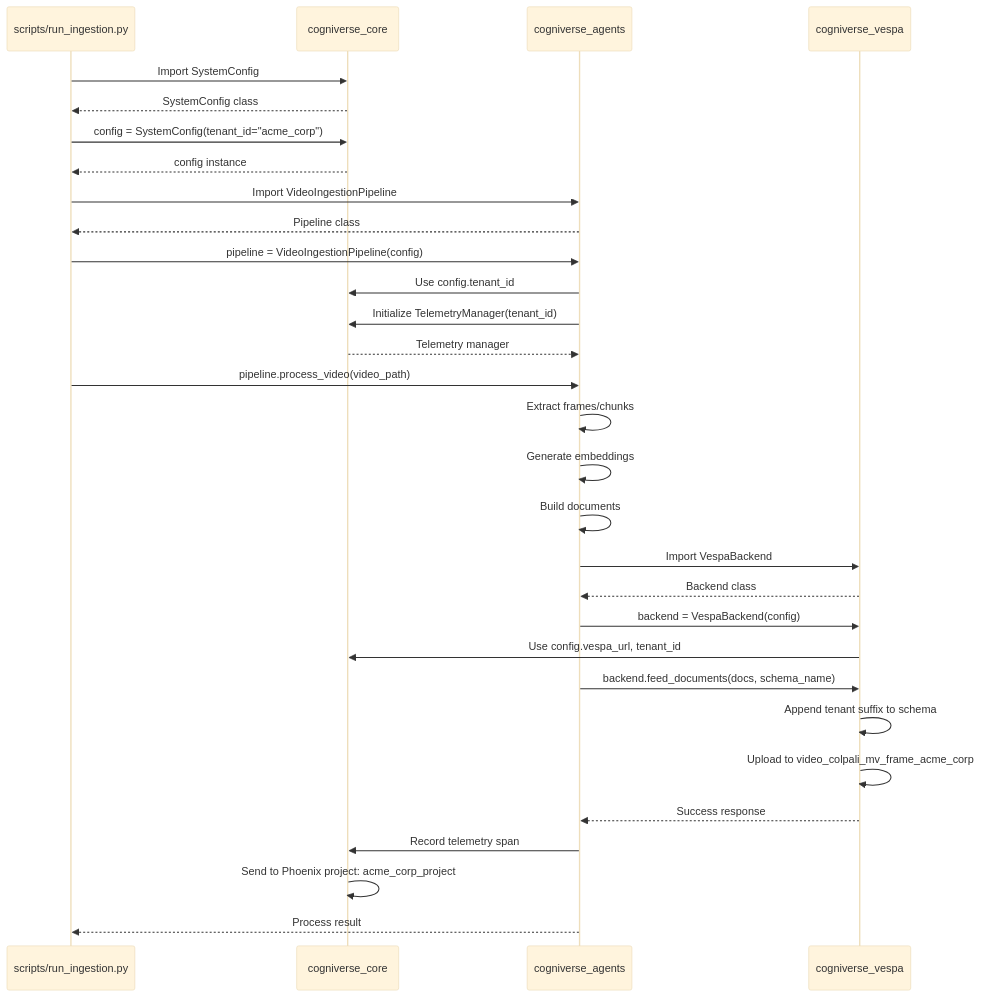
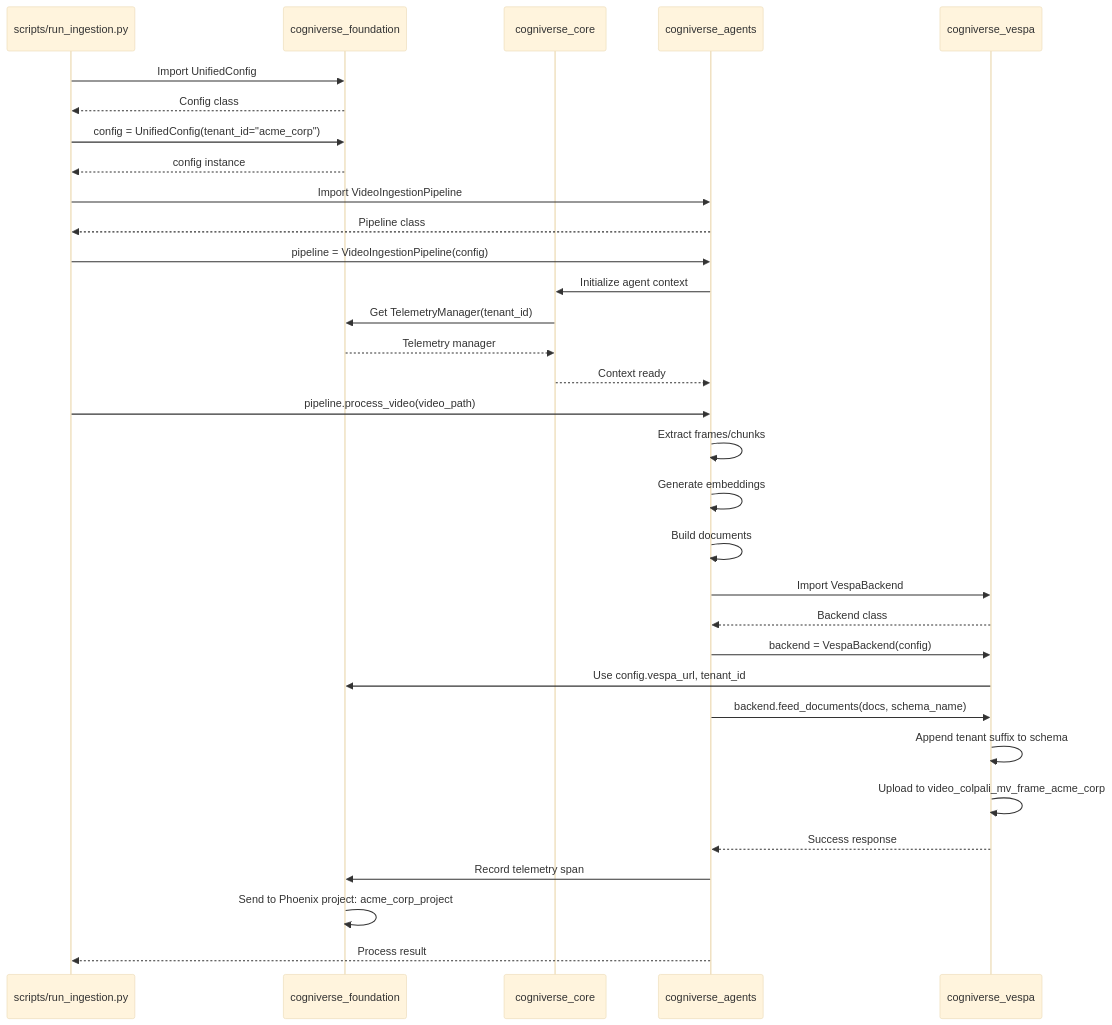
One commit to amit-jain/cogniverse changed the eighth of 17 diagrams in docs/diagrams/sdk-architecture-diagrams.md. Above: the diagram before and after it, drawn with Mermaid (base theme). The commit also changed other lines of this file and 49 other files, not shown here.

First line of the commit message:
Update all documentation to reflect 10-package architecture

````diff
--- a/docs/diagrams/sdk-architecture-diagrams.md
+++ b/docs/diagrams/sdk-architecture-diagrams.md
@@ -267,42 +422,44 @@
 ```mermaid
 sequenceDiagram
     participant Script as scripts/run_ingestion.py
+    participant Foundation as cogniverse_foundation
     participant Core as cogniverse_core
     participant Agents as cogniverse_agents
     participant Vespa as cogniverse_vespa
 
-    Script->>Core: Import SystemConfig
-    Core-->>Script: SystemConfig class
+    Script->>Foundation: Import UnifiedConfig
+    Foundation-->>Script: Config class
 
-    Script->>Core: config = SystemConfig(tenant_id="acme_corp")
-    Core-->>Script: config instance
+    Script->>Foundation: config = UnifiedConfig(tenant_id="acme_corp")
+    Foundation-->>Script: config instance
 
     Script->>Agents: Import VideoIngestionPipeline
     Agents-->>Script: Pipeline class
 
     Script->>Agents: pipeline = VideoIngestionPipeline(config)
-    Agents->>Core: Use config.tenant_id
-    Agents->>Core: Initialize TelemetryManager(tenant_id)
-    Core-->>Agents: Telemetry manager
+    Agents->>Core: Initialize agent context
+    Core->>Foundation: Get TelemetryManager(tenant_id)
+    Foundation-->>Core: Telemetry manager
+    Core-->>Agents: Context ready
 
     Script->>Agents: pipeline.process_video(video_path)
     Agents->>Agents: Extract frames/chunks
     Agents->>Agents: Generate embeddings
     Agents->>Agents: Build documents
 
     Agents->>Vespa: Import VespaBackend
     Vespa-->>Agents: Backend class
 
     Agents->>Vespa: backend = VespaBackend(config)
-    Vespa->>Core: Use config.vespa_url, tenant_id
+    Vespa->>Foundation: Use config.vespa_url, tenant_id
 
     Agents->>Vespa: backend.feed_documents(docs, schema_name)
     Vespa->>Vespa: Append tenant suffix to schema
     Vespa->>Vespa: Upload to video_colpali_mv_frame_acme_corp
 
     Vespa-->>Agents: Success response
-    Agents->>Core: Record telemetry span
-    Core->>Core: Send to Phoenix project: acme_corp_project
+    Agents->>Foundation: Record telemetry span
+    Foundation->>Foundation: Send to Phoenix project: acme_corp_project
 
     Agents-->>Script: Process result
 ```
````
